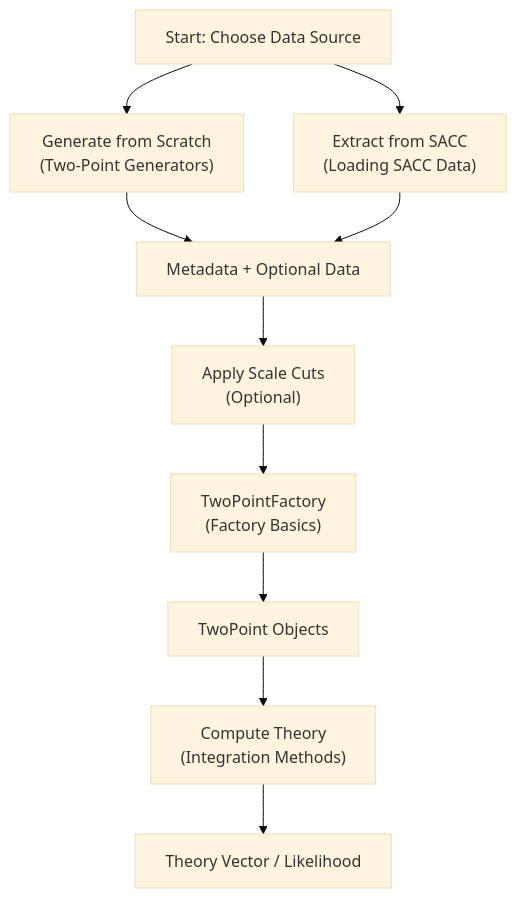
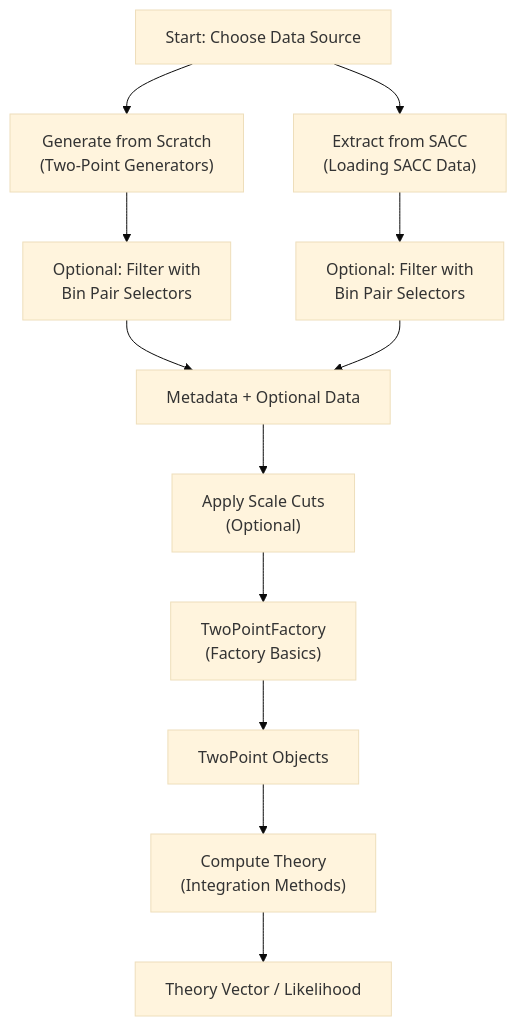
The diagram in tutorial/two_point_workflow.qmd (LSSTDESC/firecrown), drawn with Mermaid (base theme) before and after one commit. The commit also changed other lines of this file and 4 other files, not shown here.

````diff
--- a/tutorial/two_point_workflow.qmd
+++ b/tutorial/two_point_workflow.qmd
@@ -40,16 +40,18 @@
 ```{mermaid}
 %%| label: fig-workflow
 %%| fig-align: center
 %%| fig-cap: "Complete two-point analysis workflow"
 graph TD
   A["Start: Choose Data Source"]
   A --> B1["Generate from Scratch<br/>(Two-Point Generators)"]
   A --> B2["Extract from SACC<br/>(Loading SACC Data)"]
-  B1 --> C["Metadata + Optional Data"]
-  B2 --> C
+  B1 --> B1F["Optional: Filter with<br/>Bin Pair Selectors"]
+  B2 --> B2F["Optional: Filter with<br/>Bin Pair Selectors"]
+  B1F --> C["Metadata + Optional Data"]
+  B2F --> C
   C --> D["Apply Scale Cuts<br/>(Optional)"]
   D --> E["TwoPointFactory<br/>(Factory Basics)"]
   E --> F["TwoPoint Objects"]
   F --> G["Compute Theory<br/>(Integration Methods)"]
   G --> H["Theory Vector / Likelihood"]
 ```
````
